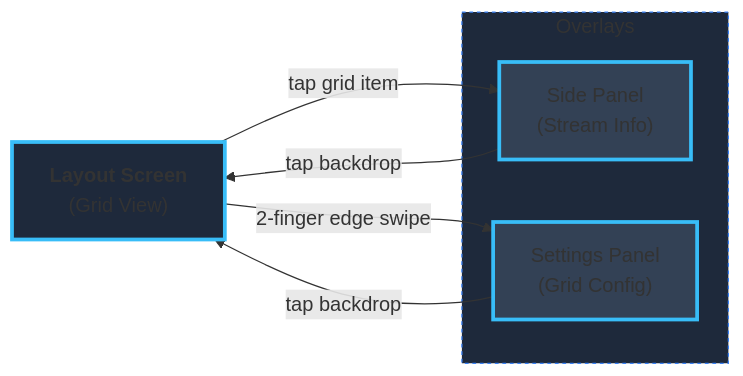
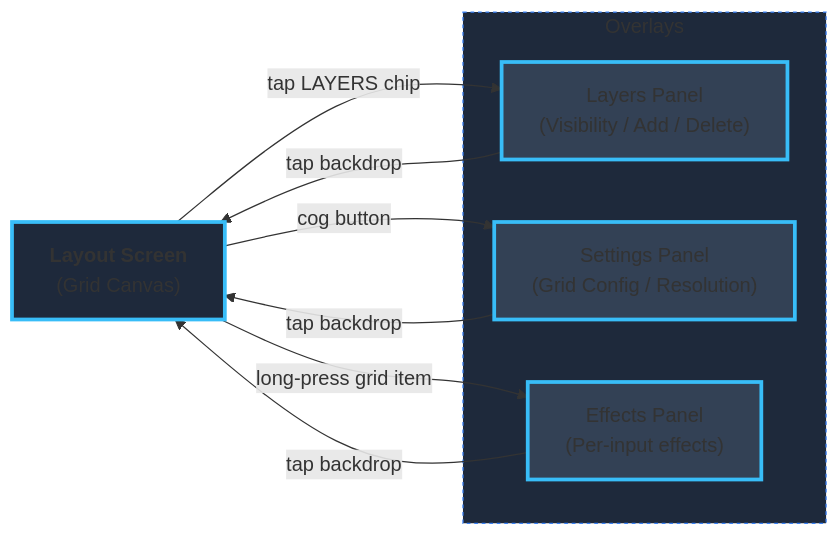
The second of 4 diagrams in mobile_app/README.md (smelter-labs/smelter-editor), drawn with Mermaid before and after one commit. The commit also changed other lines of this file and 165 other files, not shown here.

````diff
--- a/mobile_app/README.md
+++ b/mobile_app/README.md
@@ -66,21 +67,26 @@
 ```mermaid
 %%{init: {'flowchart': {'curve': 'basis'}} }%%
 flowchart LR
-    Main["<b>Layout Screen</b><br/>(Grid View)"]
+    Main["<b>Layout Screen</b><br/>(Grid Canvas)"]
 
-    subgraph Modals ["Overlays"]
-        Panel["Side Panel<br/>(Stream Info)"]
-        Settings["Settings Panel<br/>(Grid Config)"]
+    subgraph Overlays ["Overlays"]
+        Layers["Layers Panel<br/>(Visibility / Add / Delete)"]
+        Settings["Settings Panel<br/>(Grid Config / Resolution)"]
+        Effects["Effects Panel<br/>(Per-input effects)"]
     end
 
-    Main -->|"tap grid item"| Panel
-    Panel -->|"tap backdrop"| Main
+    Main -->|"tap LAYERS chip"| Layers
+    Layers -->|"tap backdrop"| Main
 
-    Main -->|"2-finger edge swipe"| Settings
+    Main -->|"cog button"| Settings
     Settings -->|"tap backdrop"| Main
 
+    Main -->|"long-press grid item"| Effects
+    Effects -->|"tap backdrop"| Main
+
     style Main fill:#1E293B,stroke:#38BDF8,stroke-width:3px
-    style Panel fill:#334155,stroke:#38BDF8,stroke-width:3px
+    style Layers fill:#334155,stroke:#38BDF8,stroke-width:3px
     style Settings fill:#334155,stroke:#38BDF8,stroke-width:3px
-    style Modals fill:#1E293B,stroke:#3b82f6,stroke-dasharray: 3 3
+    style Effects fill:#334155,stroke:#38BDF8,stroke-width:3px
+    style Overlays fill:#1E293B,stroke:#3b82f6,stroke-dasharray: 3 3
 ```
````
